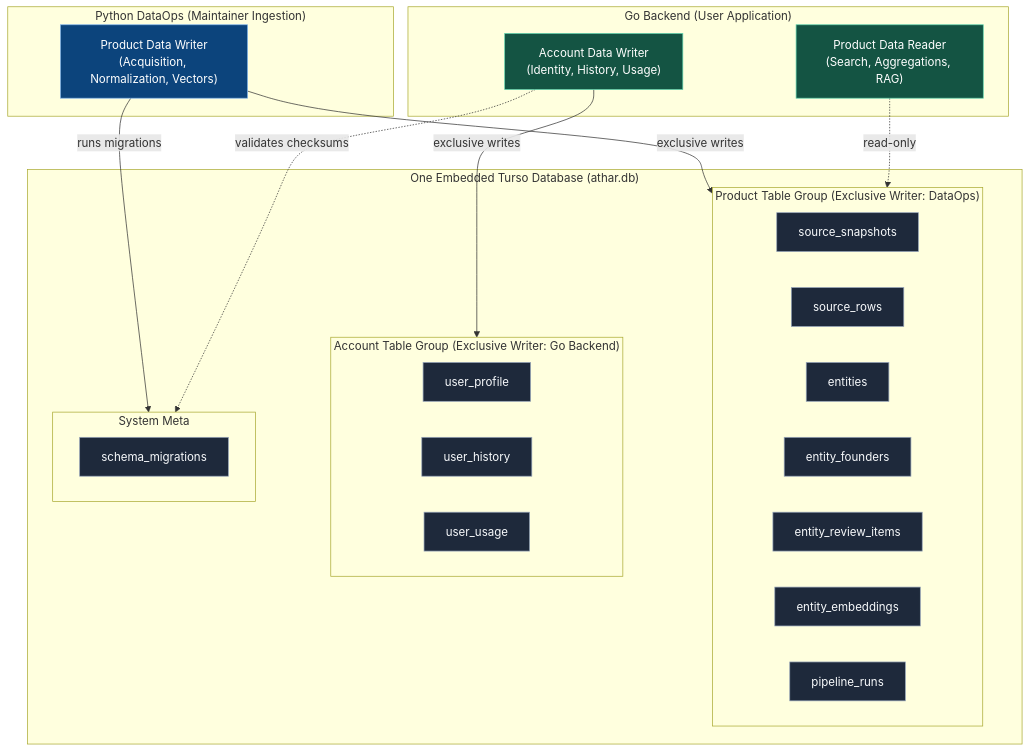
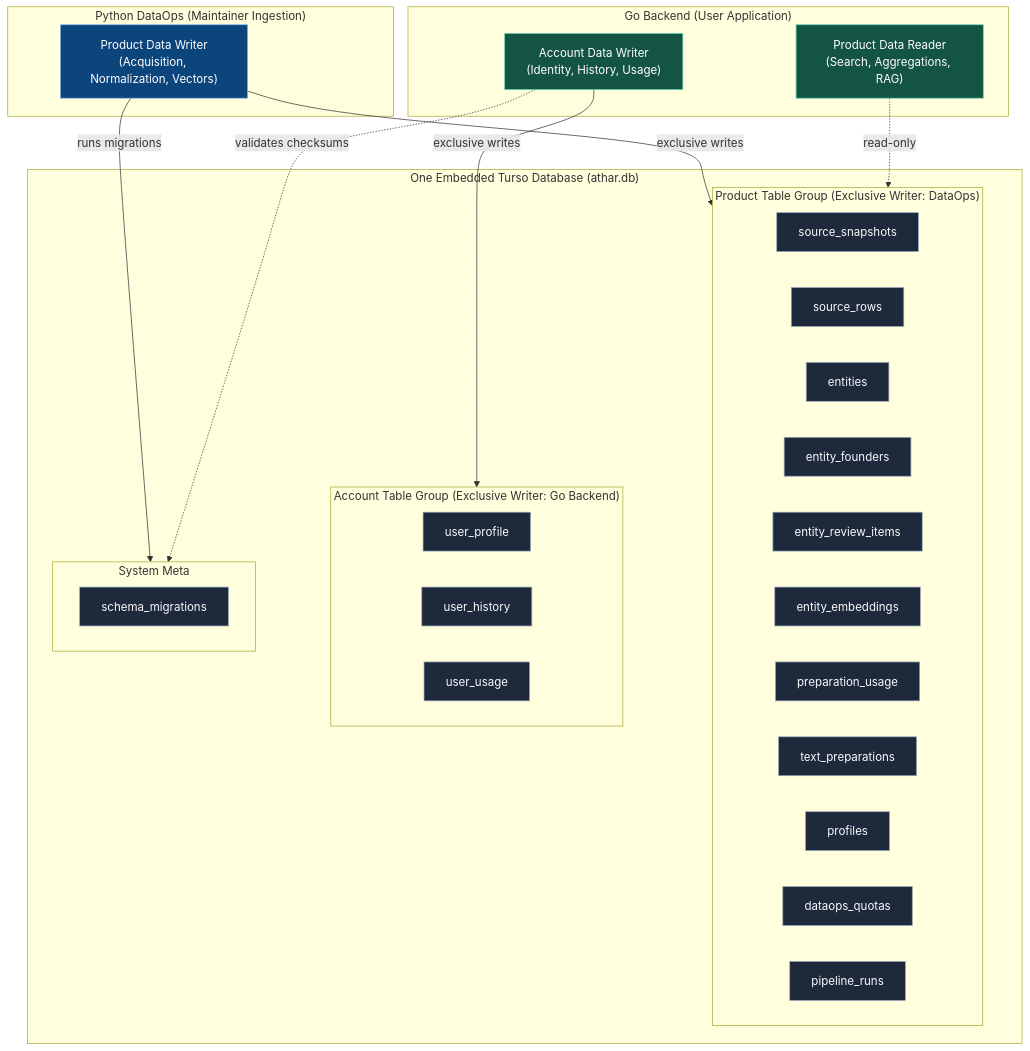
Before and after one commit to OussemaJaouadi/Athar: the first of 3 diagrams in docs/DATA.md, drawn with Mermaid. The commit also changed other lines of this file and 42 other files, not shown here.

````diff
--- a/docs/DATA.md
+++ b/docs/DATA.md
@@ -11,46 +11,50 @@
 ```mermaid
 flowchart TD
     subgraph DataOps["Python DataOps (Maintainer Ingestion)"]
         DO_WRITE["Product Data Writer<br/>(Acquisition, Normalization, Vectors)"]
     end
 
     subgraph Backend["Go Backend (User Application)"]
         BE_READ["Product Data Reader<br/>(Search, Aggregations, RAG)"]
         BE_WRITE["Account Data Writer<br/>(Identity, History, Usage)"]
     end
 
     subgraph DB["One Embedded Turso Database (athar.db)"]
         subgraph ProductGroup["Product Table Group (Exclusive Writer: DataOps)"]
             T_SNAP["source_snapshots"]
             T_ROWS["source_rows"]
             T_ENT["entities"]
             T_FND["entity_founders"]
             T_REV["entity_review_items"]
             T_VEC["entity_embeddings"]
+            T_PRP["preparation_usage"]
+            T_TXT["text_preparations"]
+            T_PRO["profiles"]
+            T_QUO["dataops_quotas"]
             T_RUN["pipeline_runs"]
         end
 
         subgraph AccountGroup["Account Table Group (Exclusive Writer: Go Backend)"]
             T_USR["user_profile"]
             T_HIST["user_history"]
             T_USG["user_usage"]
         end
 
         subgraph MetaGroup["System Meta"]
             T_MIG["schema_migrations"]
         end
     end
 
     DO_WRITE -->|exclusive writes| ProductGroup
     BE_READ -.->|read-only| ProductGroup
     BE_WRITE -->|exclusive writes| AccountGroup
     DO_WRITE -->|runs migrations| MetaGroup
     BE_WRITE -.->|validates checksums| MetaGroup
 
     classDef do fill:#0C447C,stroke:#85B7EB,color:#FFFFFF
     classDef be fill:#145443,stroke:#63D5AF,color:#FFFFFF
     classDef table fill:#1E293B,stroke:#94A3B8,color:#F8FAFC
     class DO_WRITE do
     class BE_READ,BE_WRITE be
-    class T_SNAP,T_ROWS,T_ENT,T_FND,T_REV,T_VEC,T_RUN,T_USR,T_HIST,T_USG,T_MIG table
+    class T_SNAP,T_ROWS,T_ENT,T_FND,T_REV,T_VEC,T_PRP,T_TXT,T_PRO,T_QUO,T_RUN,T_USR,T_HIST,T_USG,T_MIG table
 ```
````
